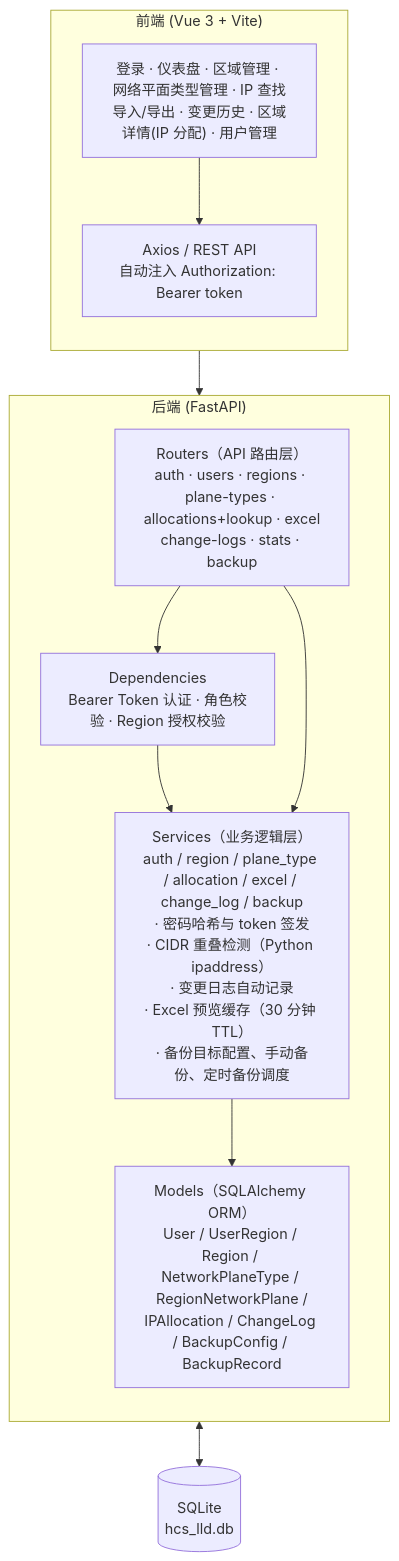
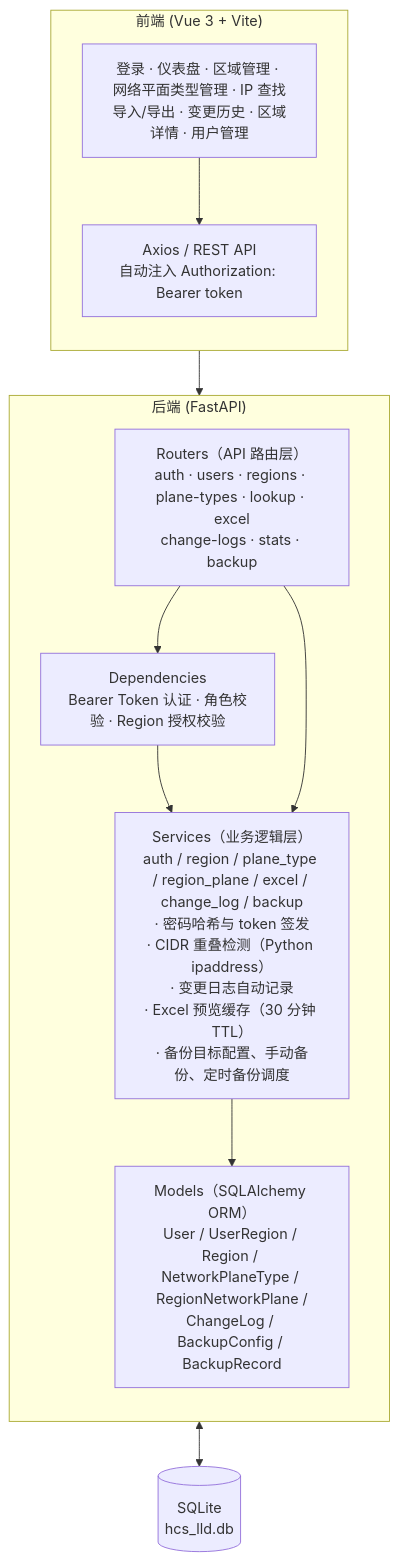
One commit to zhou-xingxing/hcs-lld-management changed the first of 4 diagrams in SYSTEM_DESIGN.md. Above: the diagram before and after it, drawn with Mermaid. The commit also changed other lines of this file and 41 other files, not shown here.

````diff
--- a/SYSTEM_DESIGN.md
+++ b/SYSTEM_DESIGN.md
@@ -49,25 +49,25 @@
 ```mermaid
 graph TB
     subgraph Frontend["前端 (Vue 3 + Vite)"]
         direction TB
-        FE_Pages["登录 · 仪表盘 · 区域管理 · 网络平面类型管理 · IP 查找<br/>导入/导出 · 变更历史 · 区域详情(IP 分配) · 用户管理"]
+        FE_Pages["登录 · 仪表盘 · 区域管理 · 网络平面类型管理 · IP 查找<br/>导入/导出 · 变更历史 · 区域详情 · 用户管理"]
         FE_Axios["Axios / REST API<br/>自动注入 Authorization: Bearer token"]
         FE_Pages --> FE_Axios
     end
 
     subgraph Backend["后端 (FastAPI)"]
         direction TB
-        Routers["Routers（API 路由层）<br/>auth · users · regions · plane-types · allocations+lookup · excel<br/>change-logs · stats · backup"]
+        Routers["Routers（API 路由层）<br/>auth · users · regions · plane-types · lookup · excel<br/>change-logs · stats · backup"]
         Deps["Dependencies<br/>Bearer Token 认证 · 角色校验 · Region 授权校验"]
-        Services["Services（业务逻辑层）<br/>auth / region / plane_type / allocation / excel / change_log / backup<br/>· 密码哈希与 token 签发<br/>· CIDR 重叠检测（Python ipaddress）<br/>· 变更日志自动记录<br/>· Excel 预览缓存（30 分钟 TTL）<br/>· 备份目标配置、手动备份、定时备份调度"]
-        Models["Models（SQLAlchemy ORM）<br/>User / UserRegion / Region / NetworkPlaneType / RegionNetworkPlane /<br/>IPAllocation / ChangeLog / BackupConfig / BackupRecord"]
+        Services["Services（业务逻辑层）<br/>auth / region / plane_type / region_plane / excel / change_log / backup<br/>· 密码哈希与 token 签发<br/>· CIDR 重叠检测（Python ipaddress）<br/>· 变更日志自动记录<br/>· Excel 预览缓存（30 分钟 TTL）<br/>· 备份目标配置、手动备份、定时备份调度"]
+        Models["Models（SQLAlchemy ORM）<br/>User / UserRegion / Region / NetworkPlaneType / RegionNetworkPlane /<br/>ChangeLog / BackupConfig / BackupRecord"]
         Routers --> Deps
         Deps --> Services
         Routers --> Services --> Models
     end
 
     DB[("SQLite<br/>hcs_lld.db")]
 
     FE_Axios --> Routers
     Models <--> DB
 ```
````
